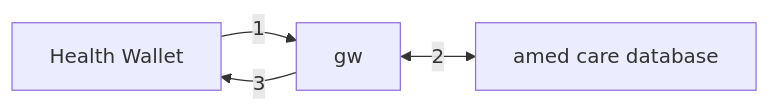
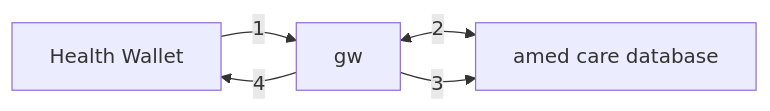
The fourth of 6 diagrams in ktb-amed/README.md (lionants02/public), drawn with Mermaid before and after one commit. The commit also changed other lines of this file, not shown here.

````diff
--- a/ktb-amed/README.md
+++ b/ktb-amed/README.md
@@ -85,9 +86,10 @@
         ```mermaid
         flowchart LR
             hw["Health Wallet"]
             amed["amed care database"]
 
             hw -->|"1"| gw
             gw <-->|"2"| amed
-            gw -->|"3"| hw
+            gw -->|"3"| amed
+            gw -->|"4"| hw
         ```
````
